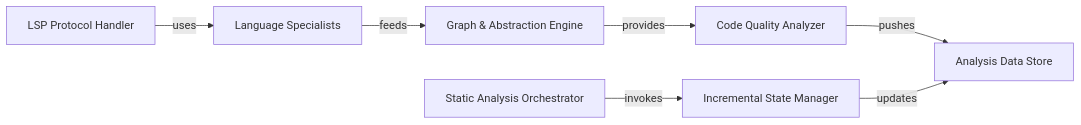
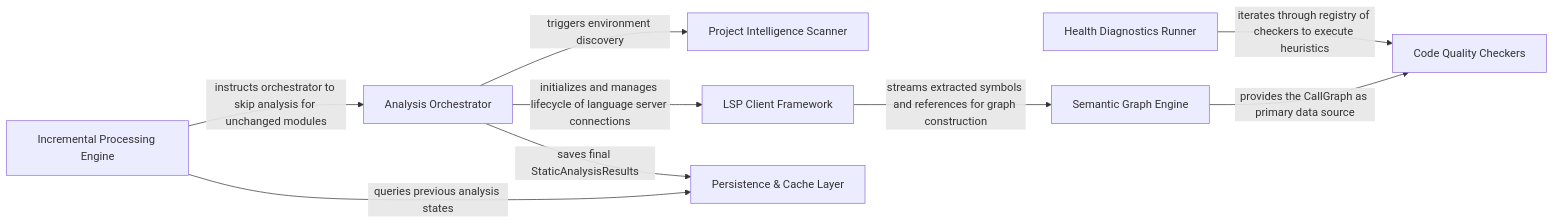
Before and after one commit to CodeBoarding/CodeBoarding: the diagram in .codeboarding/Static_Code_Analyzer.md, drawn with Mermaid. The commit also changed other lines of this file and 5 other files, not shown here.

````diff
--- a/.codeboarding/Static_Code_Analyzer.md
+++ b/.codeboarding/Static_Code_Analyzer.md
@@ -1,16 +1,19 @@
 ```mermaid
 graph LR
-    Static_Analysis_Orchestrator["Static Analysis Orchestrator"]
-    LSP_Protocol_Handler["LSP Protocol Handler"]
-    Language_Specialists["Language Specialists"]
-    Incremental_State_Manager["Incremental State Manager"]
-    Graph_Abstraction_Engine["Graph & Abstraction Engine"]
-    Code_Quality_Analyzer["Code Quality Analyzer"]
-    Analysis_Data_Store["Analysis Data Store"]
-    Static_Analysis_Orchestrator -- "invokes" --> Incremental_State_Manager
-    LSP_Protocol_Handler -- "uses" --> Language_Specialists
-    Language_Specialists -- "feeds" --> Graph_Abstraction_Engine
-    Graph_Abstraction_Engine -- "provides" --> Code_Quality_Analyzer
-    Code_Quality_Analyzer -- "pushes" --> Analysis_Data_Store
-    Incremental_State_Manager -- "updates" --> Analysis_Data_Store
+    Analysis_Orchestrator["Analysis Orchestrator"]
+    Project_Intelligence_Scanner["Project Intelligence Scanner"]
+    LSP_Client_Framework["LSP Client Framework"]
+    Semantic_Graph_Engine["Semantic Graph Engine"]
+    Incremental_Processing_Engine["Incremental Processing Engine"]
+    Health_Diagnostics_Runner["Health Diagnostics Runner"]
+    Code_Quality_Checkers["Code Quality Checkers"]
+    Persistence_Cache_Layer["Persistence & Cache Layer"]
+    Analysis_Orchestrator -- "triggers environment discovery" --> Project_Intelligence_Scanner
+    Analysis_Orchestrator -- "initializes and manages lifecycle of language server connections" --> LSP_Client_Framework
+    LSP_Client_Framework -- "streams extracted symbols and references for graph construction" --> Semantic_Graph_Engine
+    Semantic_Graph_Engine -- "provides the CallGraph as primary data source" --> Code_Quality_Checkers
+    Health_Diagnostics_Runner -- "iterates through registry of checkers to execute heuristics" --> Code_Quality_Checkers
+    Incremental_Processing_Engine -- "queries previous analysis states" --> Persistence_Cache_Layer
+    Incremental_Processing_Engine -- "instructs orchestrator to skip analysis for unchanged modules" --> Analysis_Orchestrator
+    Analysis_Orchestrator -- "saves final StaticAnalysisResults" --> Persistence_Cache_Layer
 ```
````
